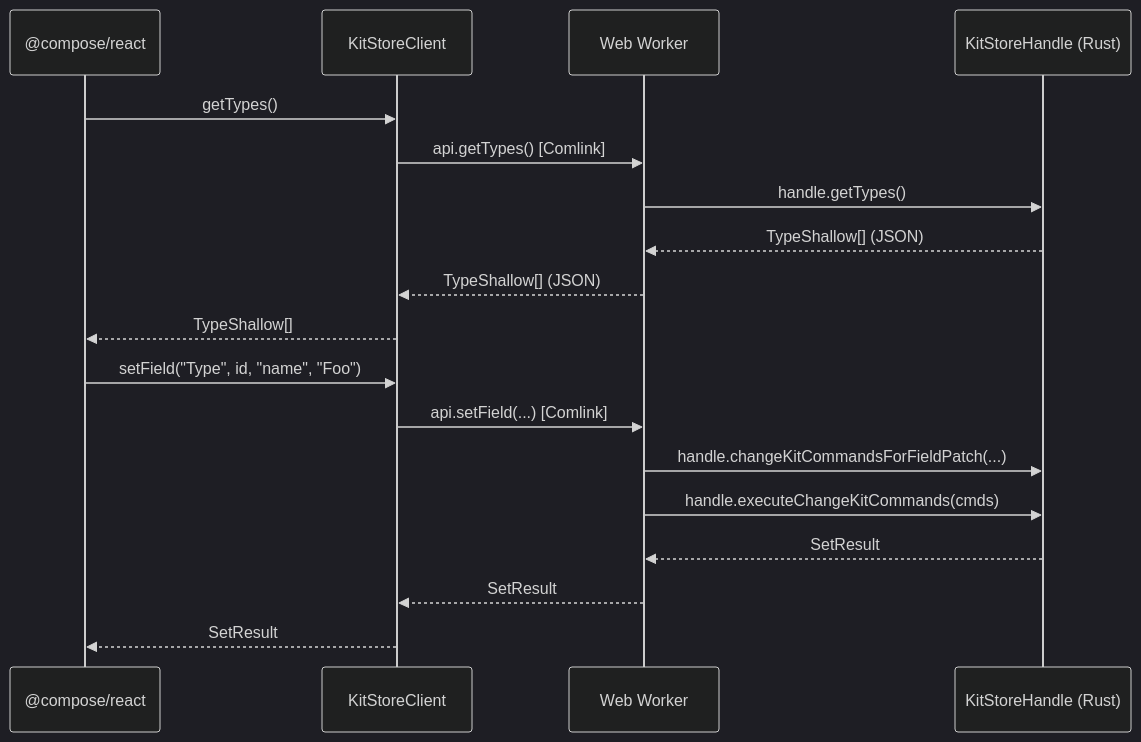
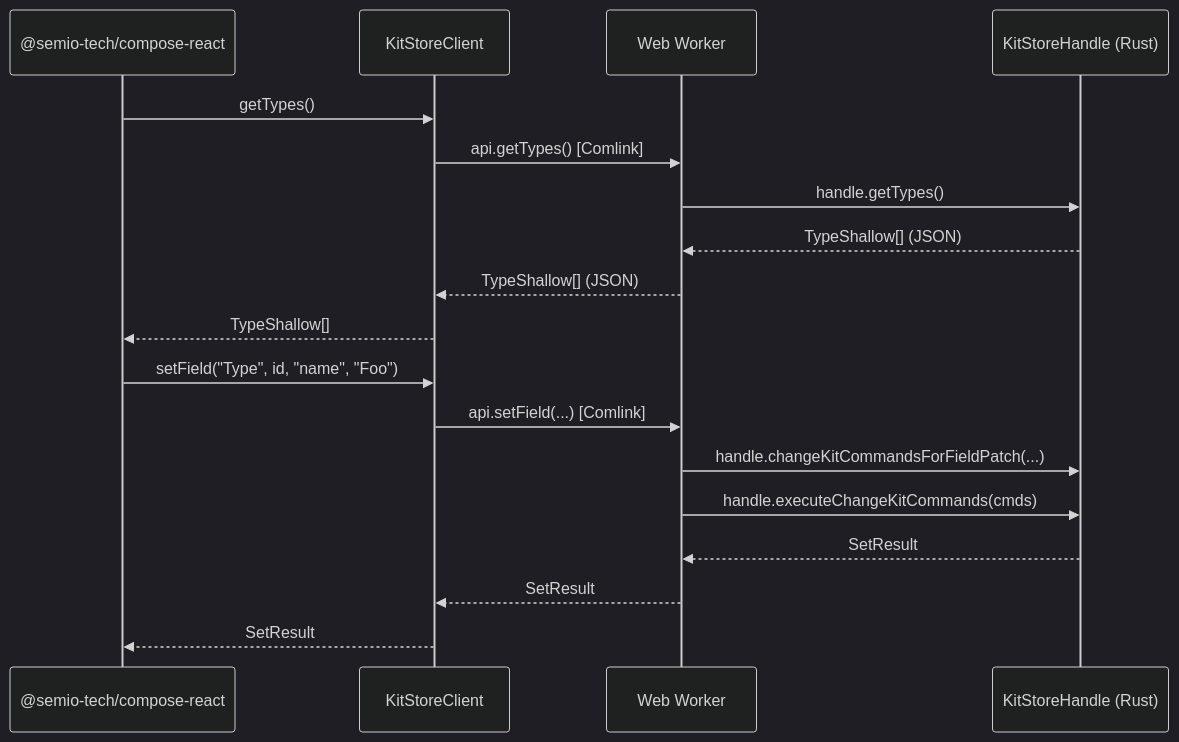
Before and after one commit to usalu/semio: the second of 2 diagrams in .kiro/specs/compose-js-thin-client-refactor/design.md, drawn with Mermaid (dark theme). The commit also changed other lines of this file and 1282 other files, not shown here.

````diff
--- a/.kiro/specs/compose-js-thin-client-refactor/design.md
+++ b/.kiro/specs/compose-js-thin-client-refactor/design.md
@@ -392,22 +392,22 @@
 ```mermaid
 sequenceDiagram
-    participant Consumer as @compose/react
+    participant Consumer as @semio-tech/compose-react
     participant Client as KitStoreClient
     participant Worker as Web Worker
     participant WASM as KitStoreHandle (Rust)
 
     Consumer->>Client: getTypes()
     Client->>Worker: api.getTypes() [Comlink]
     Worker->>WASM: handle.getTypes()
     WASM-->>Worker: TypeShallow[] (JSON)
     Worker-->>Client: TypeShallow[] (JSON)
     Client-->>Consumer: TypeShallow[]
 
     Consumer->>Client: setField("Type", id, "name", "Foo")
     Client->>Worker: api.setField(...) [Comlink]
     Worker->>WASM: handle.changeKitCommandsForFieldPatch(...)
     Worker->>WASM: handle.executeChangeKitCommands(cmds)
     WASM-->>Worker: SetResult
     Worker-->>Client: SetResult
     Client-->>Consumer: SetResult
 ```
````
